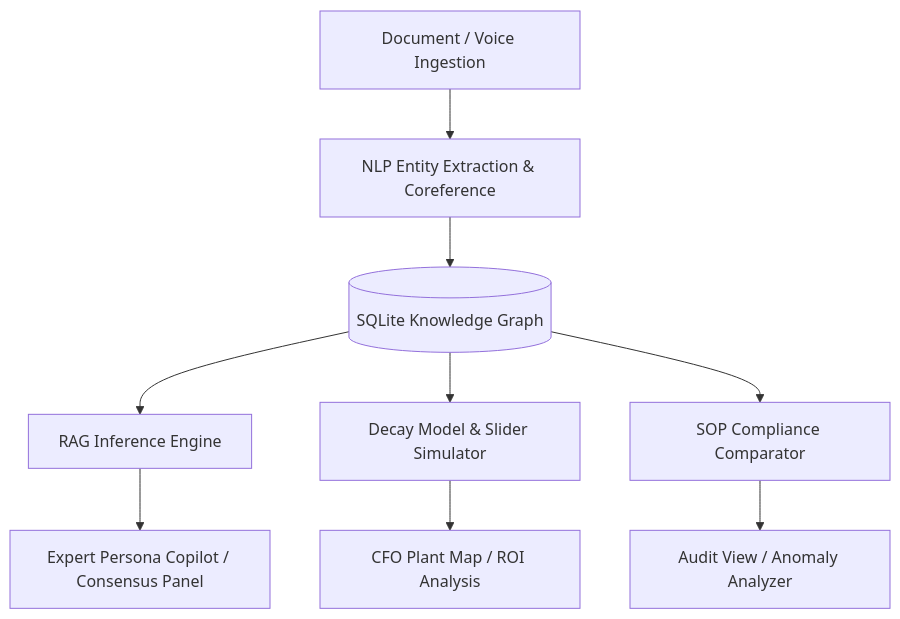
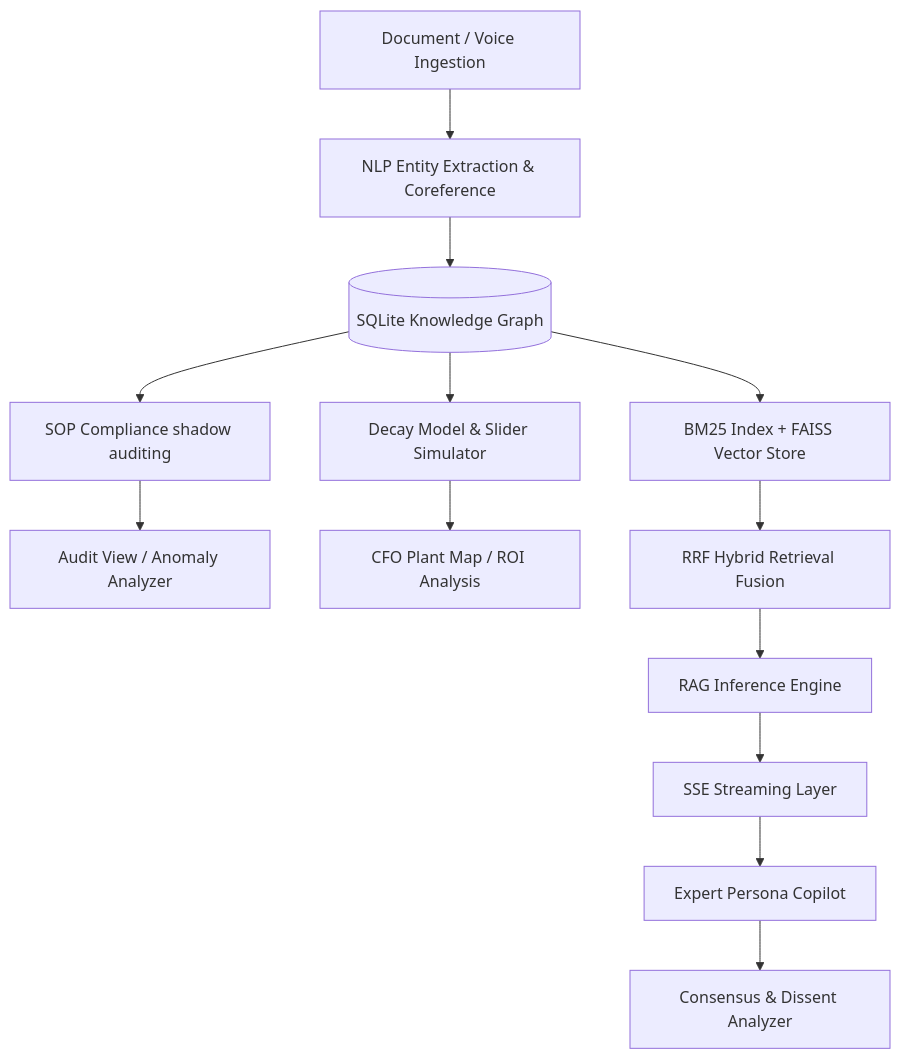
The diagram in README.md (kishansaaai/DeadMind), drawn with Mermaid before and after one commit. The commit also changed other lines of this file and 13 other files, not shown here.

Commit message:
Implement Dynamic Data-Derived Consensus, Hybrid RRF Retrieval, Streaming SSE, Shift Analyzer, pytest suite, and Docker configurations

````diff
--- a/README.md
+++ b/README.md
@@ -52,14 +52,20 @@
 ```mermaid
 graph TD
     A[Document / Voice Ingestion] --> B[NLP Entity Extraction & Coreference]
     B --> C[(SQLite Knowledge Graph)]
     
-    C --> D[RAG Inference Engine]
-    D --> E[Expert Persona Copilot / Consensus Panel]
-    
+    C --> H[SOP Compliance shadow auditing]
+    H --> I[Audit View / Anomaly Analyzer]
+
     C --> F[Decay Model & Slider Simulator]
     F --> G[CFO Plant Map / ROI Analysis]
+
+    C --> J[BM25 Index + FAISS Vector Store]
+    J --> K[RRF Hybrid Retrieval Fusion]
     
-    C --> H[SOP Compliance Comparator]
-    H --> I[Audit View / Anomaly Analyzer]
+    K --> D[RAG Inference Engine]
+    D --> L[SSE Streaming Layer]
+    L --> E[Expert Persona Copilot]
+
+    E --> M[Consensus & Dissent Analyzer]
 ```
````
